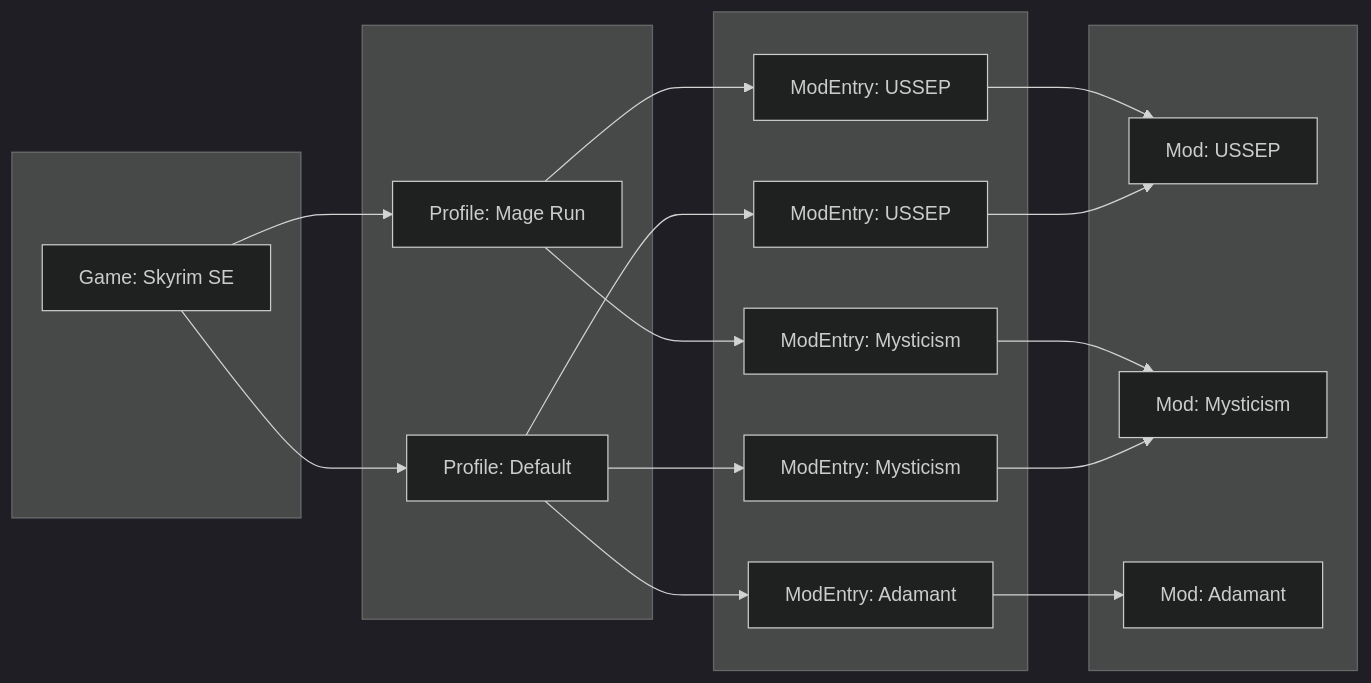
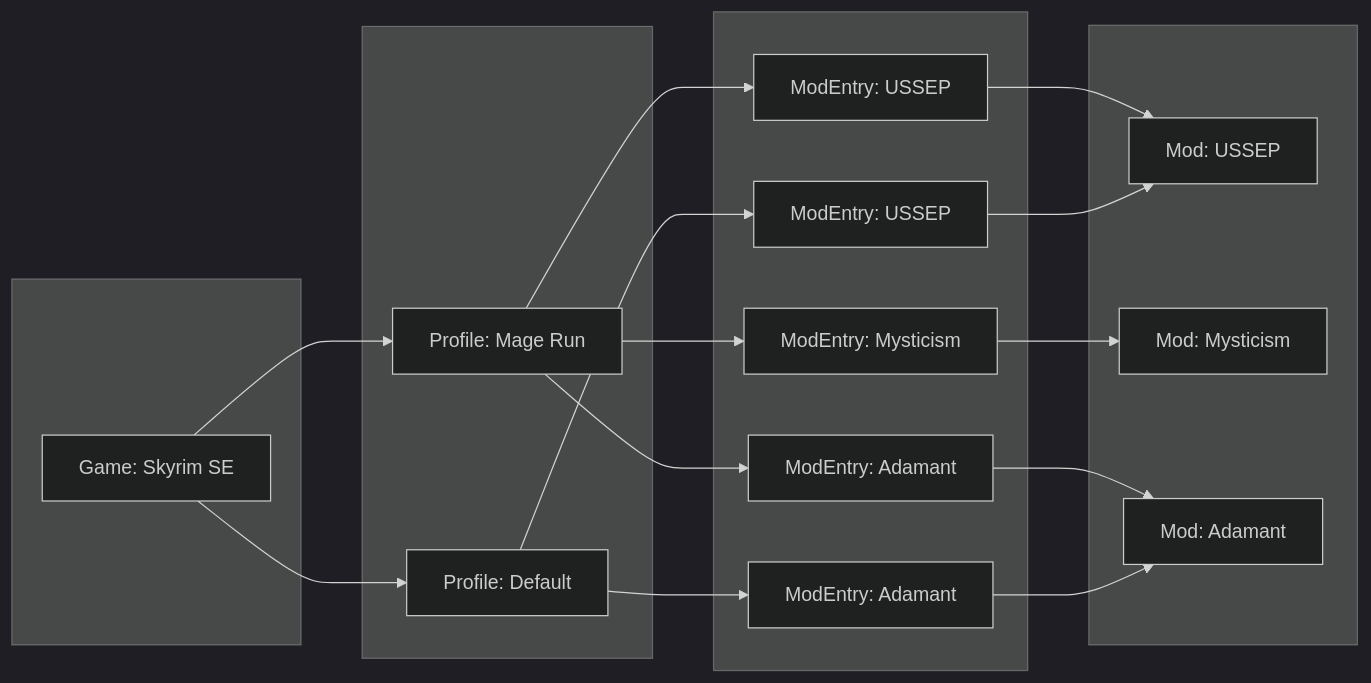
One commit to Kruziikrel13/barnacle changed the second of 2 diagrams in barnacle-lib/CONTRIBUTING.md. Above: the diagram before and after it, drawn with Mermaid (dark theme).

Commit message:
lib: fix diagram again

````diff
--- a/barnacle-lib/CONTRIBUTING.md
+++ b/barnacle-lib/CONTRIBUTING.md
@@ -23,50 +23,50 @@
 ```mermaid
 graph LR
     %% Column 1: Game
     subgraph G[ ]
         Skyrim[Game: Skyrim SE]
     end
 
     %% Column 2: Profiles
     subgraph P[ ]
         DefaultProfile[Profile: Default]
         MageProfile[Profile: Mage Run]
     end
 
     %% Column 3: ModEntries
     subgraph ME[ ]
         ME1[ModEntry: USSEP]
         ME2[ModEntry: Mysticism]
         ME3[ModEntry: Adamant]
 
         ME4[ModEntry: USSEP]
-        ME5[ModEntry: Mysticism]
+        ME5[ModEntry: Adamant]
     end
 
     %% Column 4: Mods
     subgraph M[ ]
         USSEP[Mod: USSEP]
         Mysticism[Mod: Mysticism]
         Adamant[Mod: Adamant]
     end
 
     %% Game → Profile
     Skyrim --> DefaultProfile
     Skyrim --> MageProfile
 
     %% Profile → ModEntry
-    DefaultProfile --> ME1
-    DefaultProfile --> ME2
-    DefaultProfile --> ME3
+    MageProfile --> ME1
+    MageProfile --> ME2
+    MageProfile --> ME3
 
-    MageProfile --> ME4
-    MageProfile --> ME5
+    DefaultProfile --> ME4
+    DefaultProfile --> ME5
 
     %% ModEntry → Mod
     ME1 --> USSEP
     ME2 --> Mysticism
     ME3 --> Adamant
 
     ME4 --> USSEP
-    ME5 --> Mysticism
+    ME5 --> Adamant
 ```
````
